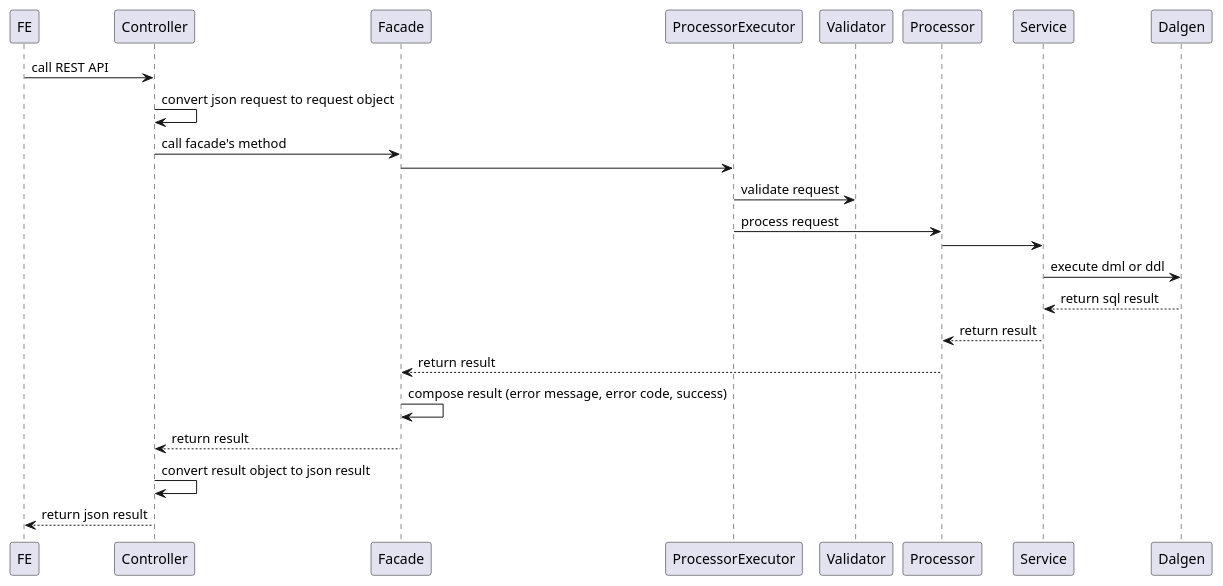
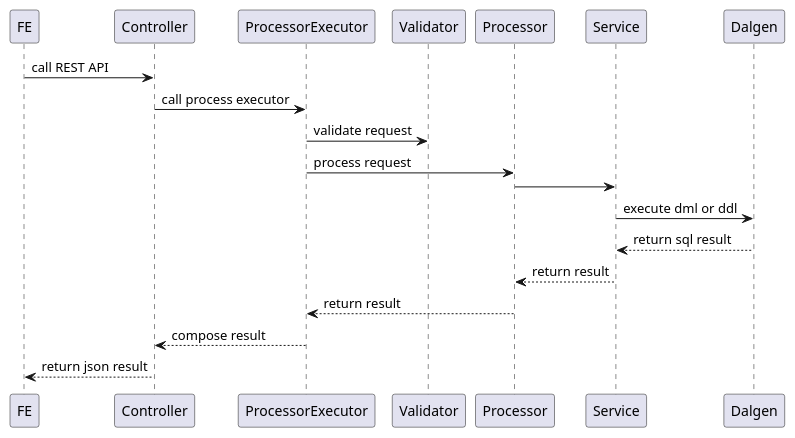
One commit to aldihsuhandi/springproject changed the diagram in model/flow diagram.pu. Above: the diagram before and after it, drawn with PlantUML. The commit also changed 2 other files, not shown here.

```diff
--- a/model/flow diagram.pu
+++ b/model/flow diagram.pu
@@ -1,15 +1,11 @@
 FE -> Controller : call REST API
-Controller -> Controller : convert json request to request object
-Controller -> Facade : call facade's method
-Facade -> ProcessorExecutor
+Controller -> ProcessorExecutor : call process executor
 ProcessorExecutor -> Validator : validate request
 ProcessorExecutor -> Processor : process request
 Processor -> Service 
 Service -> Dalgen : execute dml or ddl
 Service <-- Dalgen : return sql result
 Processor <-- Service : return result
-Facade <-- Processor : return result
-Facade -> Facade : compose result (error message, error code, success)
-Controller <-- Facade : return result
-Controller -> Controller : convert result object to json result
+ProcessorExecutor <-- Processor : return result
+Controller <-- ProcessorExecutor : compose result
 FE <-- Controller : return json result
```
